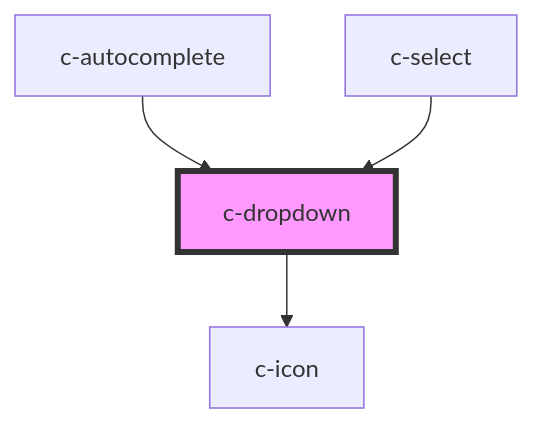
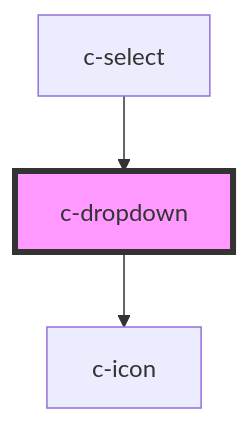
The diagram in packages/csc-ui/src/components/c-dropdown/readme.md (CSCfi/ui), drawn with Mermaid before and after one commit. The commit also changed other lines of this file and 108 other files, not shown here.

````diff
--- a/packages/csc-ui/src/components/c-dropdown/readme.md
+++ b/packages/csc-ui/src/components/c-dropdown/readme.md
@@ -89,7 +78,6 @@
 ```mermaid
 graph TD;
   c-dropdown --> c-icon
-  c-autocomplete --> c-dropdown
   c-select --> c-dropdown
   style c-dropdown fill:#f9f,stroke:#333,stroke-width:4px
 ```
````
